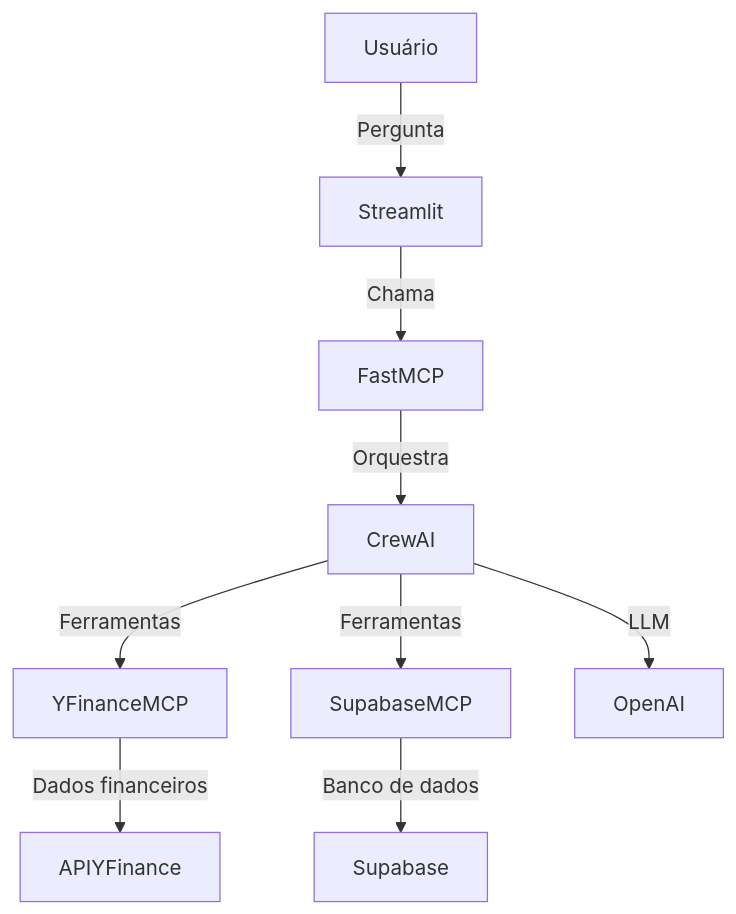
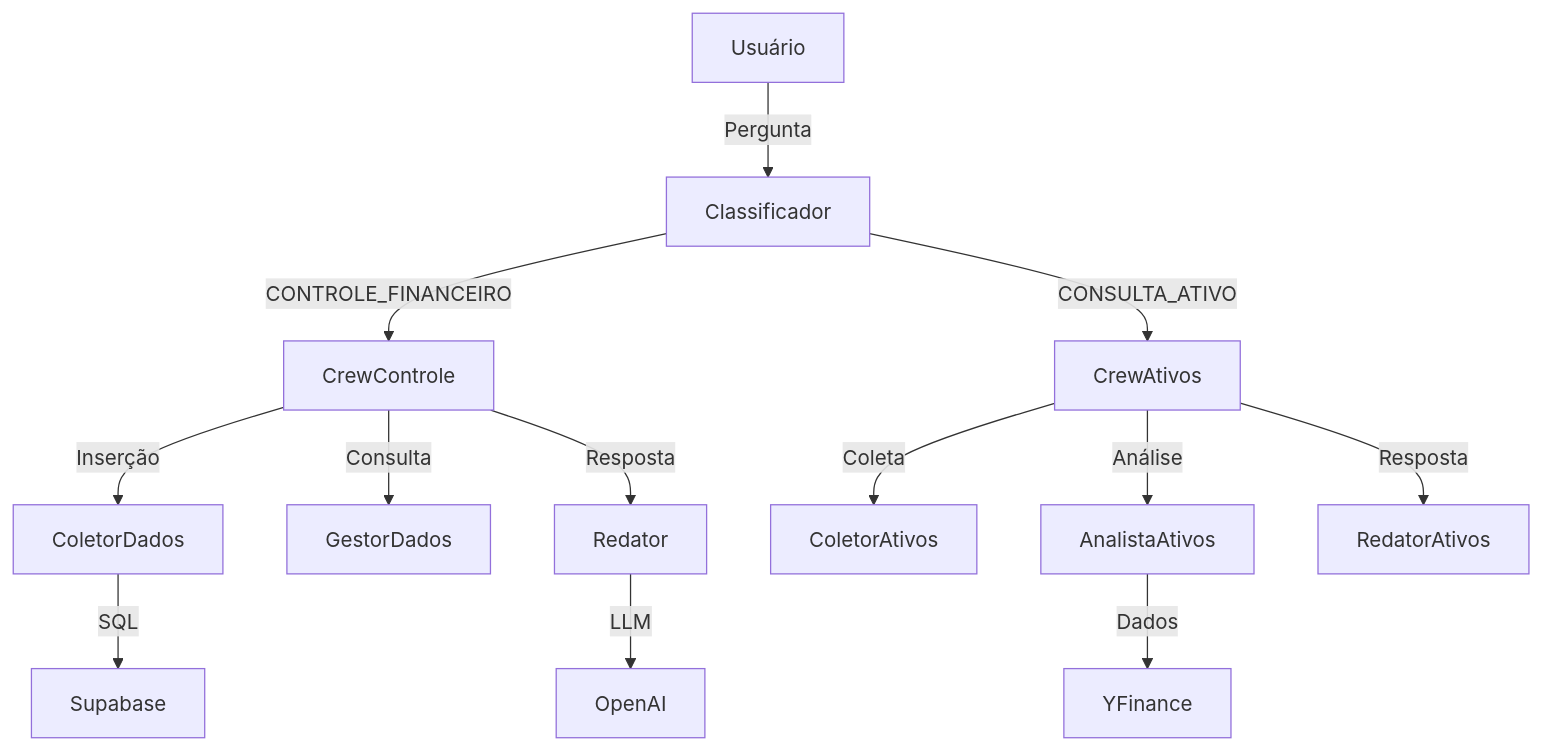
Before and after one commit to osintcoruja/financebot-AI-crewai-MCP: the diagram in README.md, drawn with Mermaid. The commit also changed other lines of this file and 2 other files, not shown here.

````diff
--- a/README.md
+++ b/README.md
@@ -30,11 +32,18 @@
 ```mermaid
 graph TD;
-    User[Usuário] -->|Pergunta| Streamlit
-    Streamlit -->|Chama| FastMCP
-    FastMCP -->|Orquestra| CrewAI
-    CrewAI -->|Ferramentas| YFinanceMCP
-    CrewAI -->|Ferramentas| SupabaseMCP
-    CrewAI -->|LLM| OpenAI
-    YFinanceMCP -->|Dados financeiros| APIYFinance
-    SupabaseMCP -->|Banco de dados| Supabase
+    User[Usuário] -->|Pergunta| Classificador
+    Classificador -->|CONTROLE_FINANCEIRO| CrewControle
+    Classificador -->|CONSULTA_ATIVO| CrewAtivos
+    
+    CrewControle -->|Inserção| ColetorDados
+    CrewControle -->|Consulta| GestorDados
+    CrewControle -->|Resposta| Redator
+    
+    CrewAtivos -->|Coleta| ColetorAtivos
+    CrewAtivos -->|Análise| AnalistaAtivos
+    CrewAtivos -->|Resposta| RedatorAtivos
+    
+    ColetorDados -->|SQL| Supabase
+    AnalistaAtivos -->|Dados| YFinance
+    Redator -->|LLM| OpenAI
 ```
````
